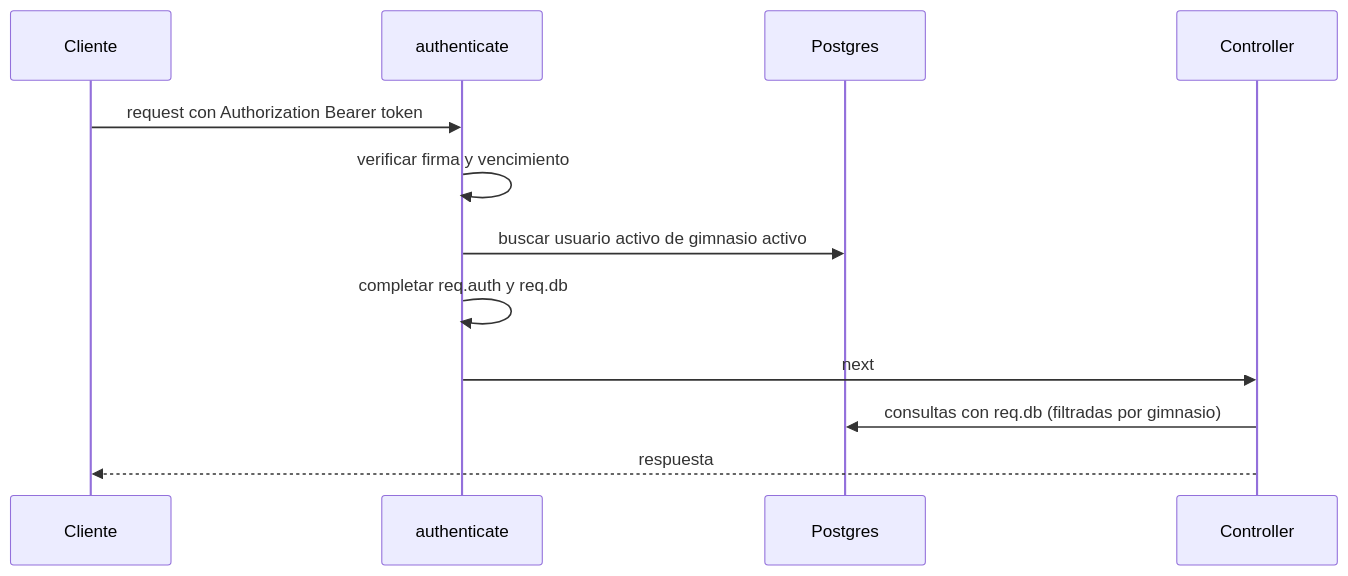
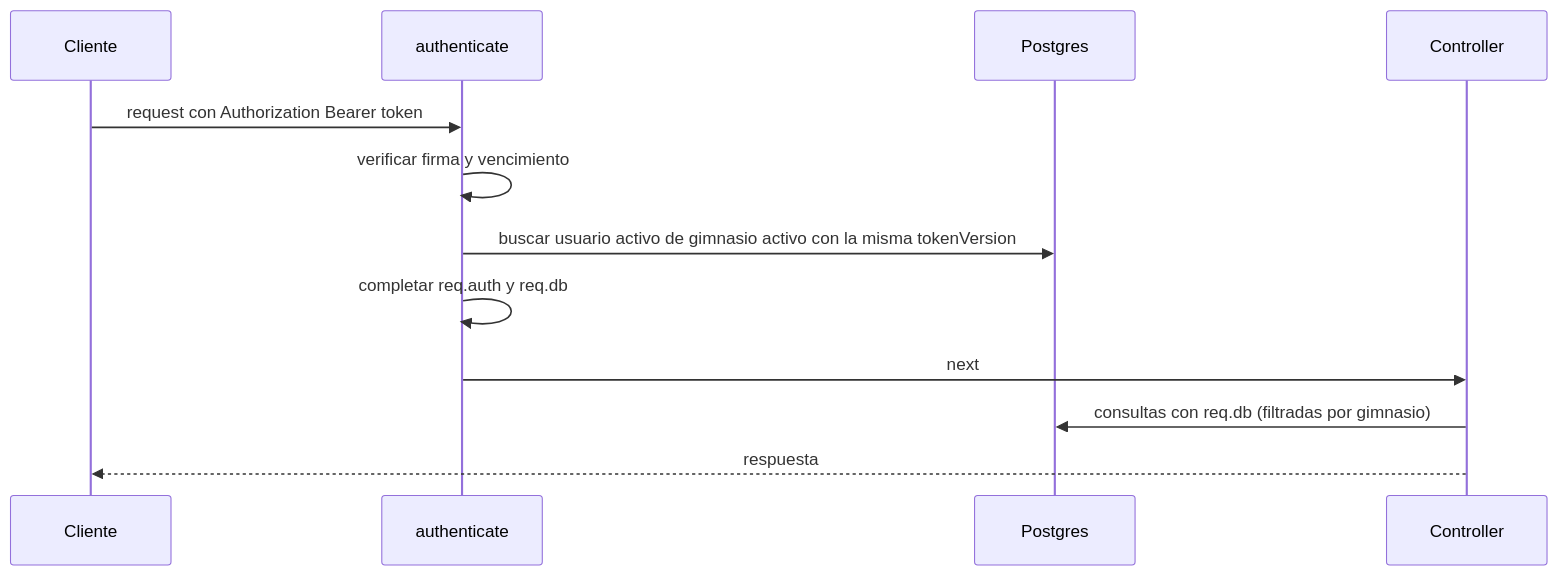
The second of 2 diagrams in docs/backend/auth.md (ClasiCKGit/MetSisII), drawn with Mermaid before and after one commit. The commit also changed other lines of this file and 1 other file, not shown here.

First line of the commit message:
docs(auth): documentar el cierre de sesiones con tokenVersion

````diff
--- a/docs/backend/auth.md
+++ b/docs/backend/auth.md
@@ -253,15 +256,15 @@
 ```mermaid
 sequenceDiagram
     participant C as Cliente
     participant M as authenticate
     participant DB as Postgres
     participant H as Controller
 
     C->>M: request con Authorization Bearer token
     M->>M: verificar firma y vencimiento
-    M->>DB: buscar usuario activo de gimnasio activo
+    M->>DB: buscar usuario activo de gimnasio activo con la misma tokenVersion
     M->>M: completar req.auth y req.db
     M->>H: next
     H->>DB: consultas con req.db (filtradas por gimnasio)
     H-->>C: respuesta
 ```
````
